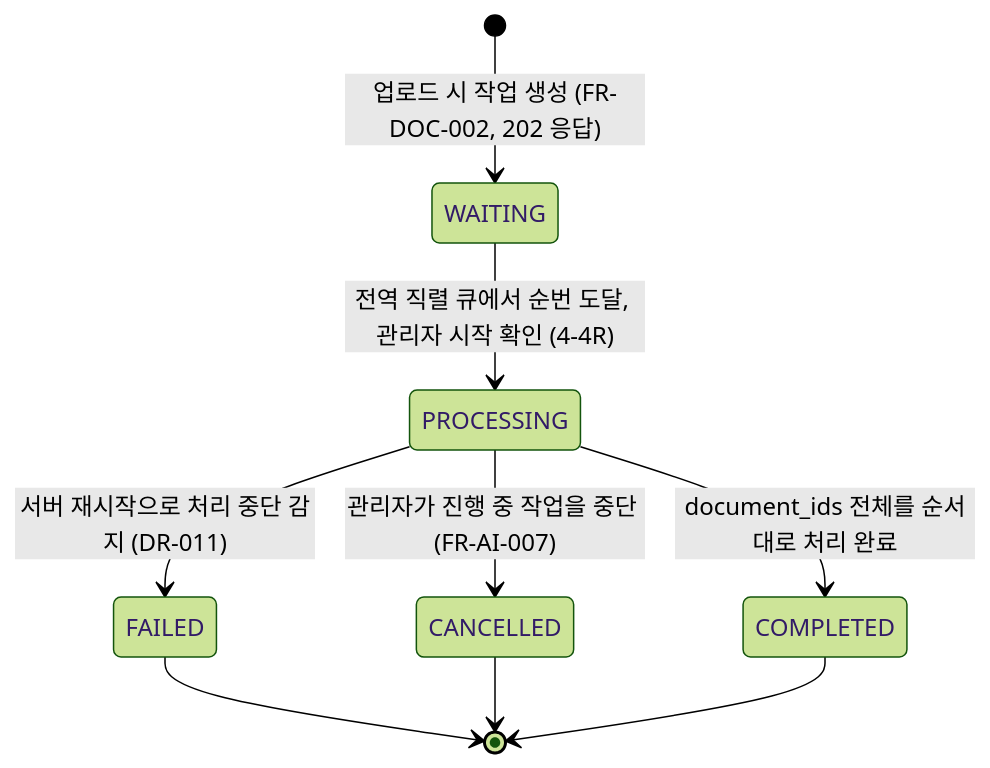
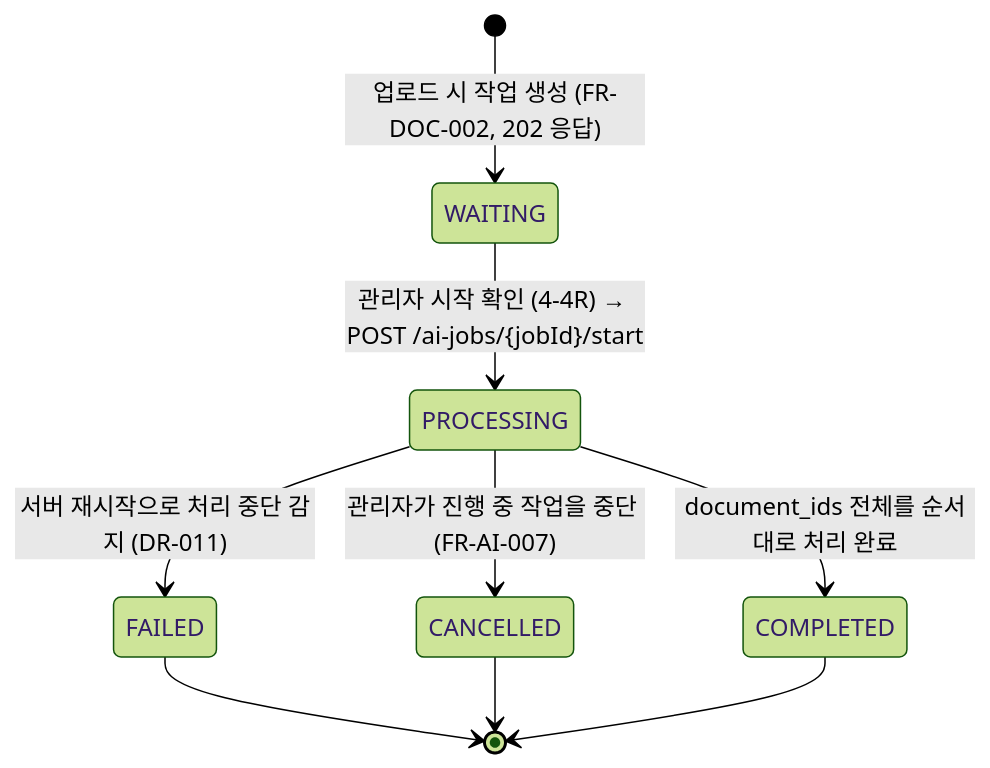
Before and after one commit to LeeSeonHyeong/document_management_platform_ajt: the second of 2 diagrams in docs/document-state.md, drawn with Mermaid (forest theme). The commit also changed other lines of this file and 18 other files, not shown here.

````diff
--- a/docs/document-state.md
+++ b/docs/document-state.md
@@ -50,14 +50,14 @@
 ```mermaid
 stateDiagram-v2
     [*] --> WAITING: 업로드 시 작업 생성 (FR-DOC-002, 202 응답)
 
-    WAITING --> PROCESSING: 전역 직렬 큐에서 순번 도달, 관리자 시작 확인 (4-4R)
+    WAITING --> PROCESSING: 관리자 시작 확인 (4-4R) → POST /ai-jobs/{jobId}/start
     PROCESSING --> COMPLETED: document_ids 전체를 순서대로 처리 완료
 
     PROCESSING --> FAILED: 서버 재시작으로 처리 중단 감지 (DR-011)
     PROCESSING --> CANCELLED: 관리자가 진행 중 작업을 중단 (FR-AI-007)
 
     FAILED --> [*]
     CANCELLED --> [*]
     COMPLETED --> [*]
 ```
````
